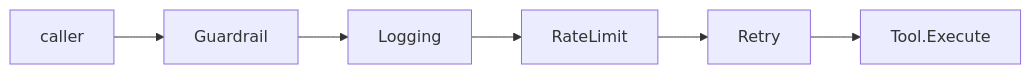
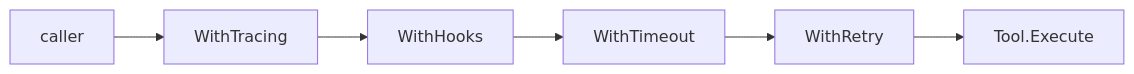
One commit to lookatitude/beluga-ai changed the third of 4 diagrams in docs/architecture/03-extensibility-patterns.md. Above: the diagram before and after it, drawn with Mermaid. The commit also changed other lines of this file, not shown here.

First line of the commit message:
docs(architecture): rewrite DOC-03 code with real APIs

````diff
--- a/docs/architecture/03-extensibility-patterns.md
+++ b/docs/architecture/03-extensibility-patterns.md
@@ -225,8 +233,8 @@
 ```mermaid
 graph LR
-  Call[caller] --> G[Guardrail]
-  G --> L[Logging]
-  L --> Rl[RateLimit]
-  Rl --> Rt[Retry]
+  Call[caller] --> Tr[WithTracing]
+  Tr --> H[WithHooks]
+  H --> To[WithTimeout]
+  To --> Rt[WithRetry]
   Rt --> Core[Tool.Execute]
 ```
````
